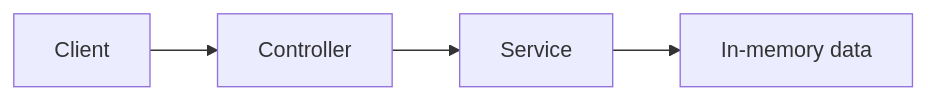
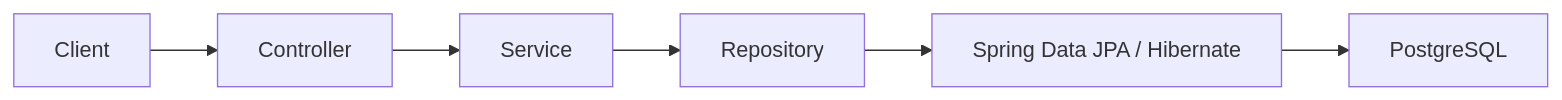
One commit to goravjhabakh/java-fullstack changed the diagram in docs/architecture.md. Above: the diagram before and after it, drawn with Mermaid. The commit also changed other lines of this file and 8 other files, not shown here.

Commit message:
feat: persist tasks with PostgreSQL and JPA

````diff
--- a/docs/architecture.md
+++ b/docs/architecture.md
@@ -15,6 +13,8 @@
 ```mermaid
 flowchart LR
     Client --> Controller
     Controller --> Service
-    Service --> Memory[In-memory data]
+    Service --> Repository
+    Repository --> JPA[Spring Data JPA / Hibernate]
+    JPA --> PostgreSQL
 ```
````
